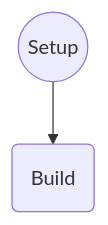
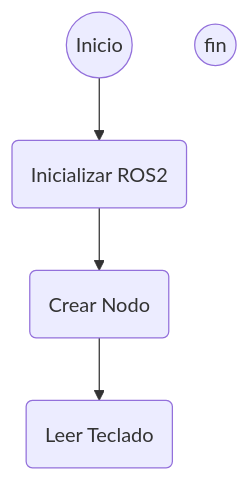
Before and after one commit to Sr0AF/Rob-tica---2025-I---Laboratorio-No.-01: the diagram in README.md, drawn with Mermaid. The commit also changed other lines of this file, not shown here.

````diff
--- a/README.md
+++ b/README.md
@@ -9,8 +9,12 @@
 ```mermaid
 flowchart TD;
 
-  setup-dev((Setup))
-  bci(Build)
+  setup-dev((Inicio))
+  bci(Inicializar ROS2)
+  nodo(Crear Nodo)
+  leer(Leer Teclado)
+  fin((fin))
+  
 
-  setup-dev--> bci
+  setup-dev--> bci--> nodo --> leer
 ```
````
